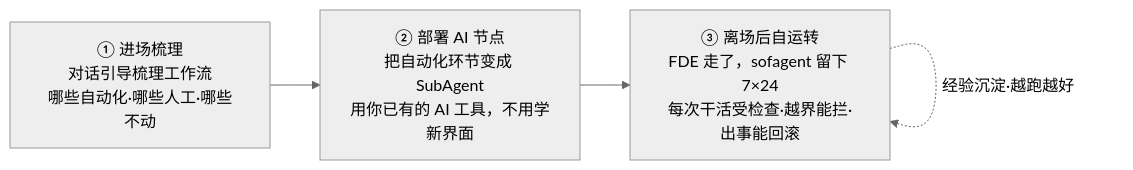
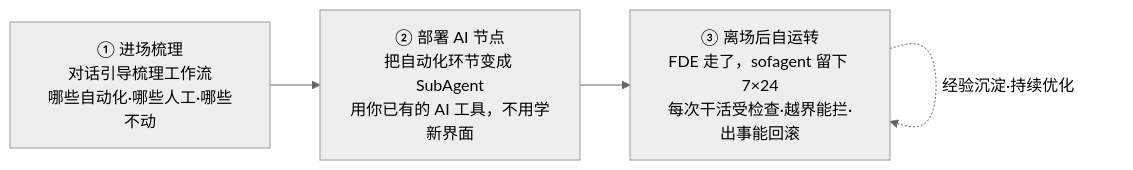
The first of 2 diagrams in README.md (KongFangXun/sofagent), drawn with Mermaid (neutral theme) before and after one commit. The commit also changed other lines of this file and 43 other files, not shown here.

````diff
--- a/README.md
+++ b/README.md
@@ -21,6 +21,6 @@
 ```mermaid
 graph LR
     A["① 进场梳理<br/>对话引导梳理工作流<br/>哪些自动化·哪些人工·哪些不动"] --> B["② 部署 AI 节点<br/>把自动化环节变成 SubAgent<br/>用你已有的 AI 工具，不用学新界面"]
     B --> C["③ 离场后自运转<br/>FDE 走了，sofagent 留下 7×24<br/>每次干活受检查·越界能拦·出事能回滚"]
-    C -.->|经验沉淀·越跑越好| C
+    C -.->|经验沉淀·持续优化| C
 ```
````
